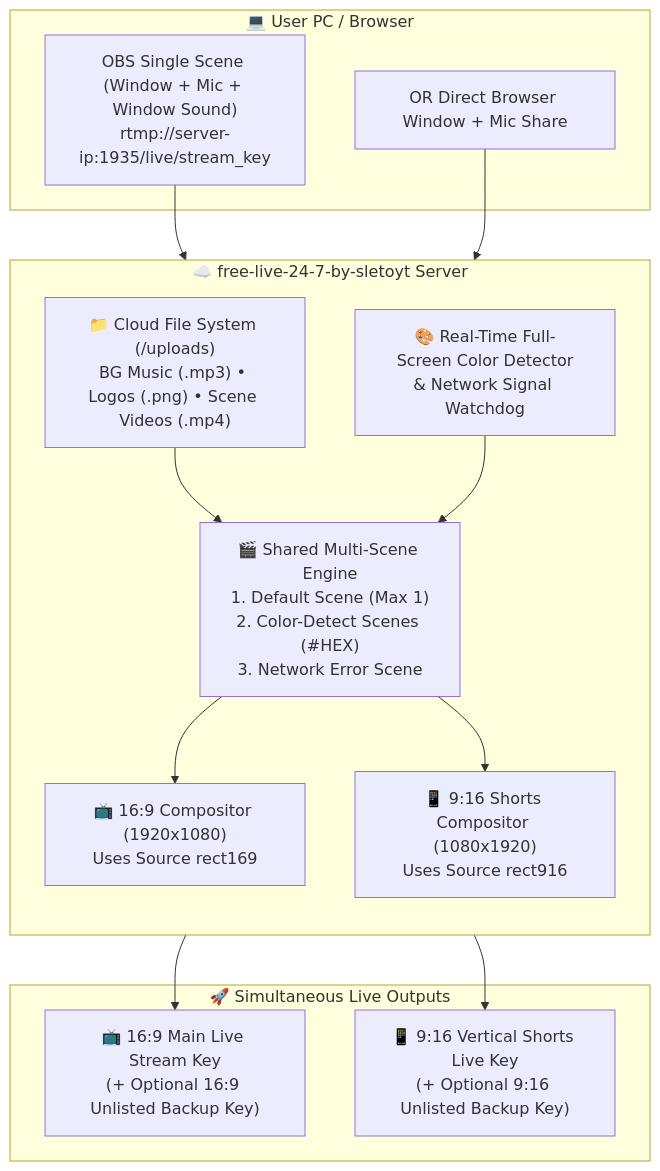
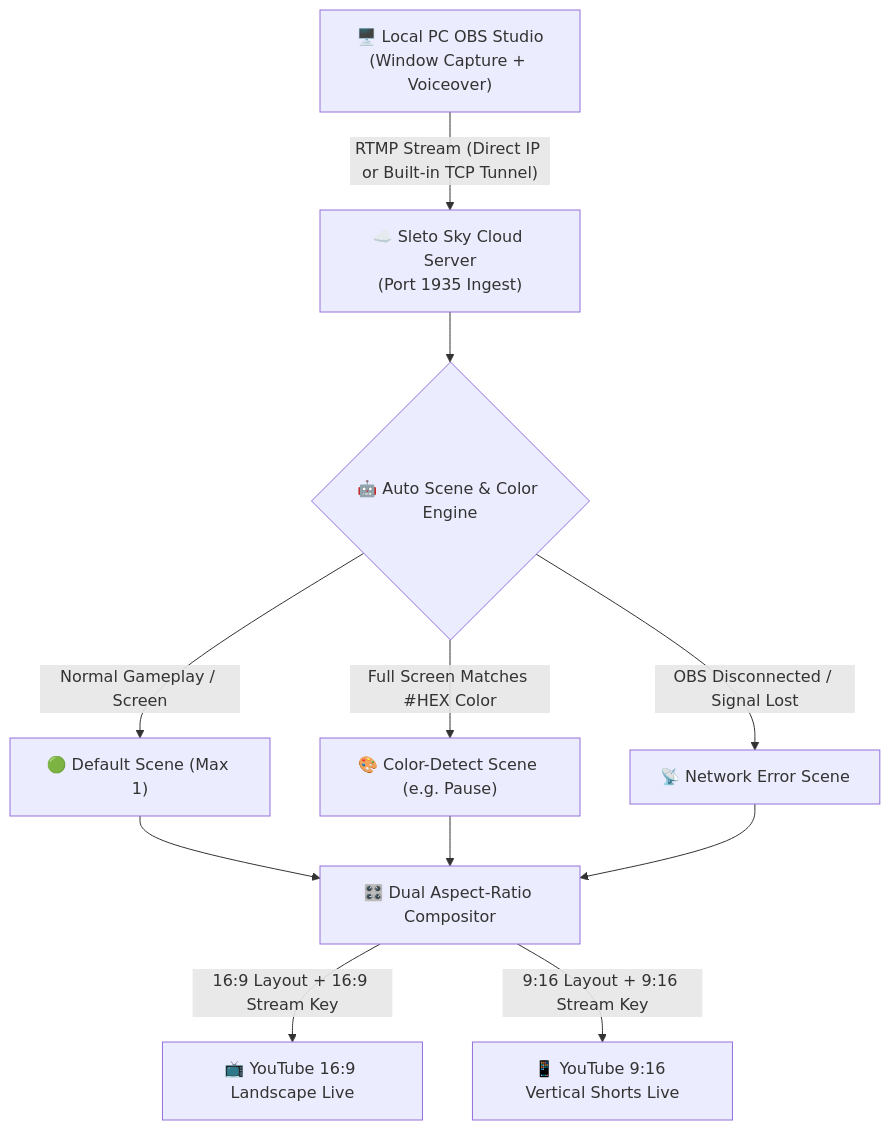
One commit to Sletoyt/free-live-24-7-by-sletoyt changed the diagram in README.md. Above: the diagram before and after it, drawn with Mermaid. The commit also changed other lines of this file and 7 other files, not shown here.

````diff
--- a/README.md
+++ b/README.md
@@ -51,31 +107,11 @@
 ```mermaid
-flowchart TB
-    subgraph LOCAL ["💻 User PC / Browser"]
-        O1["OBS Single Scene (Window + Mic + Window Sound)<br/>rtmp://server-ip:1935/live/stream_key"]
-        O2["OR Direct Browser Window + Mic Share"]
-    end
-
-    subgraph CLOUD ["☁️ free-live-24-7-by-sletoyt Server"]
-        direction TB
-        F1["📁 Cloud File System (/uploads)<br/>BG Music (.mp3) • Logos (.png) • Scene Videos (.mp4)"]
-        C1["🎨 Real-Time Full-Screen Color Detector<br/>& Network Signal Watchdog"]
-        S1["🎬 Shared Multi-Scene Engine<br/>1. Default Scene (Max 1)<br/>2. Color-Detect Scenes (#HEX)<br/>3. Network Error Scene"]
-        E1["📺 16:9 Compositor (1920x1080)<br/>Uses Source rect169"]
-        E2["📱 9:16 Shorts Compositor (1080x1920)<br/>Uses Source rect916"]
-
-        O1 --> C1
-        O2 --> C1
-        F1 --> S1
-        C1 --> S1
-        S1 --> E1
-        S1 --> E2
-    end
-
-    subgraph OUTPUT ["🚀 Simultaneous Live Outputs"]
-        Y1["📺 16:9 Main Live Stream Key<br/>(+ Optional 16:9 Unlisted Backup Key)"]
-        Y2["📱 9:16 Vertical Shorts Live Key<br/>(+ Optional 9:16 Unlisted Backup Key)"]
-    end
-
-    E1 --> Y1
-    E2 --> Y2
+flowchart TD
+    A["🖥️ Local PC OBS Studio<br/>(Window Capture + Voiceover)"] -->|"RTMP Stream (Direct IP or Built-in TCP Tunnel)"| B["☁️ Sleto Sky Cloud Server<br/>(Port 1935 Ingest)"]
+    B --> C{"🤖 Auto Scene & Color Engine"}
+    C -->|"Normal Gameplay / Screen"| D["🟢 Default Scene (Max 1)"]
+    C -->|"Full Screen Matches #HEX Color"| E["🎨 Color-Detect Scene (e.g. Pause)"]
+    C -->|"OBS Disconnected / Signal Lost"| F["📡 Network Error Scene"]
+    D & E & F --> G["🎛️ Dual Aspect-Ratio Compositor"]
+    G -->|"16:9 Layout + 16:9 Stream Key"| H["📺 YouTube 16:9 Landscape Live"]
+    G -->|"9:16 Layout + 9:16 Stream Key"| I["📱 YouTube 9:16 Vertical Shorts Live"]
 ```
````
